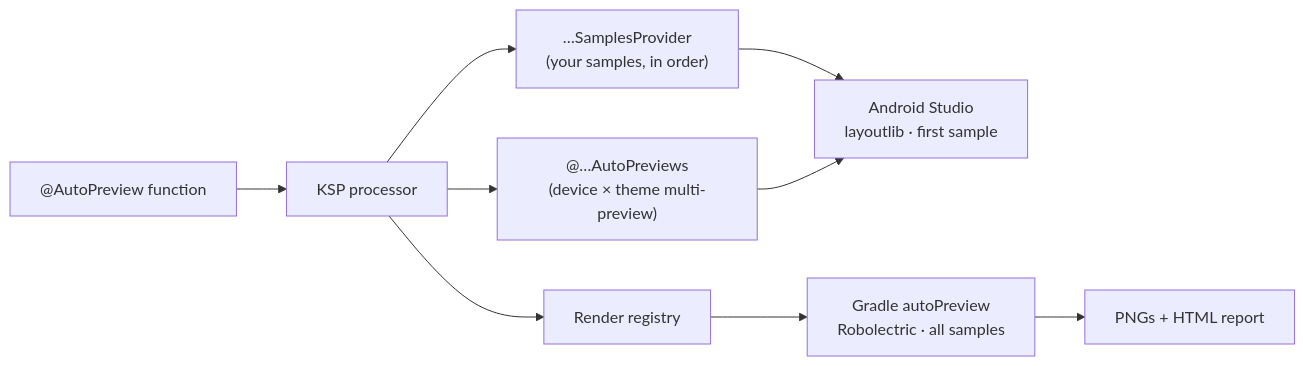
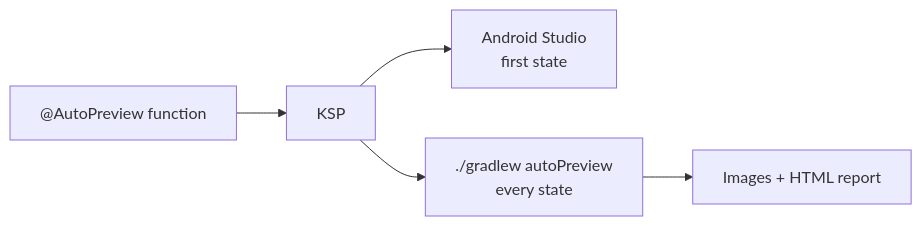
Before and after one commit to DrunkenDealer/compose-auto-preview: the second of 2 diagrams in README.md, drawn with Mermaid. The commit also changed other lines of this file and 1 other file, not shown here.

Commit message:
docs: rewrite README for single-module, multi-module and KMP setups

````diff
--- a/README.md
+++ b/README.md
@@ -119,10 +283,7 @@
 ```mermaid
 flowchart LR
-    A["@AutoPreview function"] --> K[KSP processor]
-    K --> P["…SamplesProvider<br/>(your samples, in order)"]
-    K --> M["@…AutoPreviews<br/>(device × theme multi-preview)"]
-    K --> R[Render registry]
-    P & M --> S["Android Studio<br/>layoutlib · first sample"]
-    R --> G["Gradle autoPreview<br/>Robolectric · all samples"]
-    G --> H["PNGs + HTML report"]
+    A["@AutoPreview function"] --> K[KSP]
+    K --> S["Android Studio<br/>first state"]
+    K --> G["./gradlew autoPreview<br/>every state"]
+    G --> H["Images + HTML report"]
 ```
````
